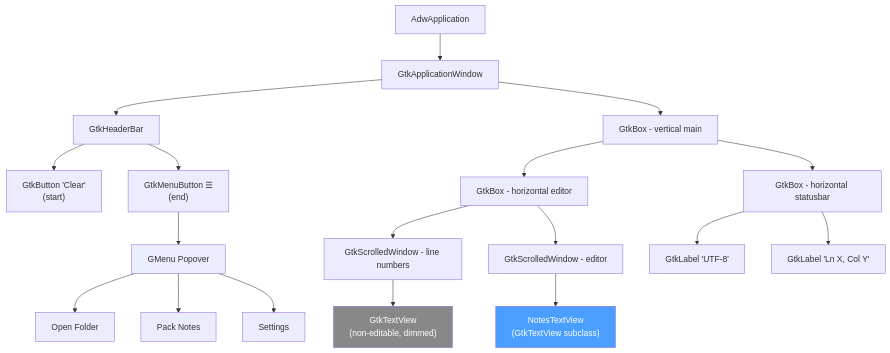
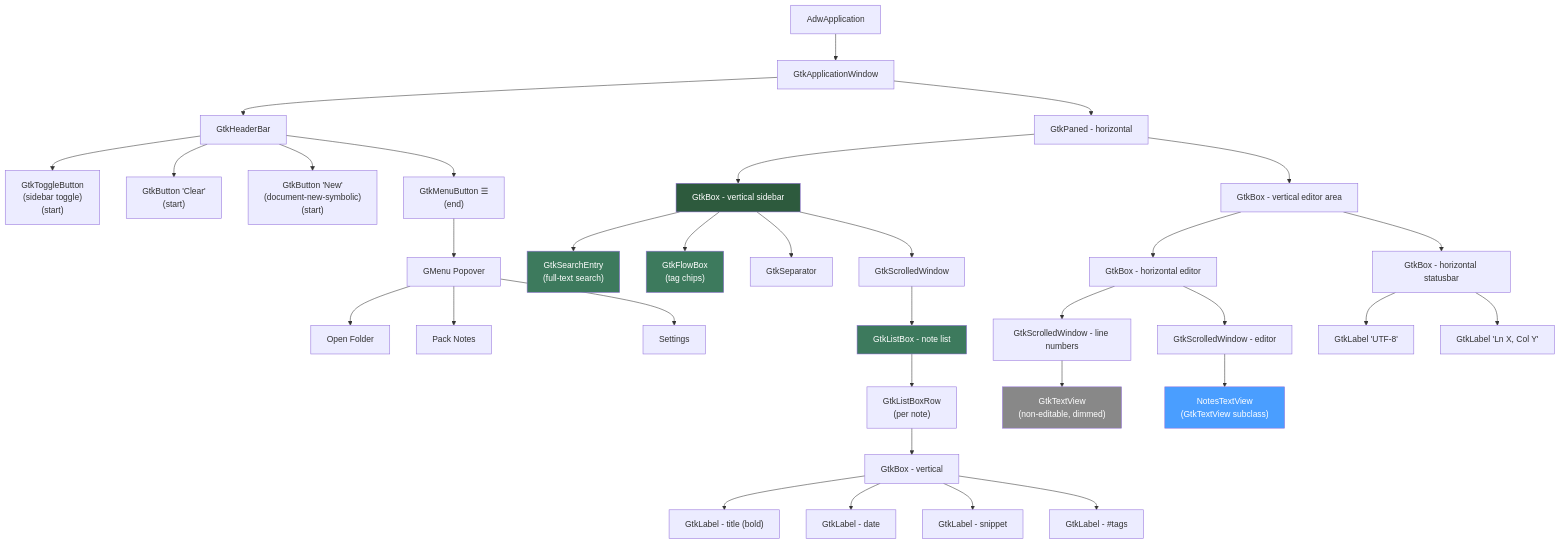
Before and after one commit to dkrse/notes-desktop: the first of 7 diagrams in docs/diagrams.md, drawn with Mermaid. The commit also changed other lines of this file and 19 other files, not shown here.

````diff
--- a/docs/diagrams.md
+++ b/docs/diagrams.md
@@ -5,28 +5,49 @@
 ```mermaid
 graph TD
     A[AdwApplication] --> B[GtkApplicationWindow]
     B --> C[GtkHeaderBar]
-    B --> D[GtkBox - vertical main]
+    B --> P[GtkPaned - horizontal]
 
+    C --> C0["GtkToggleButton<br/>(sidebar toggle)<br/>(start)"]
     C --> C1["GtkButton 'Clear'<br/>(start)"]
+    C --> C4["GtkButton 'New'<br/>(document-new-symbolic)<br/>(start)"]
     C --> C2["GtkMenuButton ☰<br/>(end)"]
     C2 --> C3[GMenu Popover]
     C3 --> C3a["Open Folder"]
     C3 --> C3b["Pack Notes"]
     C3 --> C3c["Settings"]
 
-    D --> E[GtkBox - horizontal editor]
-    D --> F[GtkBox - horizontal statusbar]
+    P --> SB[GtkBox - vertical sidebar]
+    P --> EV[GtkBox - vertical editor area]
+
+    SB --> SE["GtkSearchEntry<br/>(full-text search)"]
+    SB --> TF["GtkFlowBox<br/>(tag chips)"]
+    SB --> SP[GtkSeparator]
+    SB --> LS[GtkScrolledWindow]
+    LS --> LB[GtkListBox - note list]
+    LB --> LR["GtkListBoxRow<br/>(per note)"]
+    LR --> NB["GtkBox - vertical"]
+    NB --> NT["GtkLabel - title (bold)"]
+    NB --> ND["GtkLabel - date"]
+    NB --> NS["GtkLabel - snippet"]
+    NB --> NG["GtkLabel - #tags"]
+
+    EV --> E[GtkBox - horizontal editor]
+    EV --> F[GtkBox - horizontal statusbar]
 
     E --> G[GtkScrolledWindow - line numbers]
     E --> H[GtkScrolledWindow - editor]
 
     G --> G1["GtkTextView<br/>(non-editable, dimmed)"]
     H --> H1["NotesTextView<br/>(GtkTextView subclass)"]
 
     F --> F1["GtkLabel 'UTF-8'"]
     F --> F2["GtkLabel 'Ln X, Col Y'"]
 
     style H1 fill:#4a9eff,color:#fff
     style G1 fill:#888,color:#fff
+    style SB fill:#2d5a3d,color:#fff
+    style SE fill:#3d7a5d,color:#fff
+    style TF fill:#3d7a5d,color:#fff
+    style LB fill:#3d7a5d,color:#fff
 ```
````
